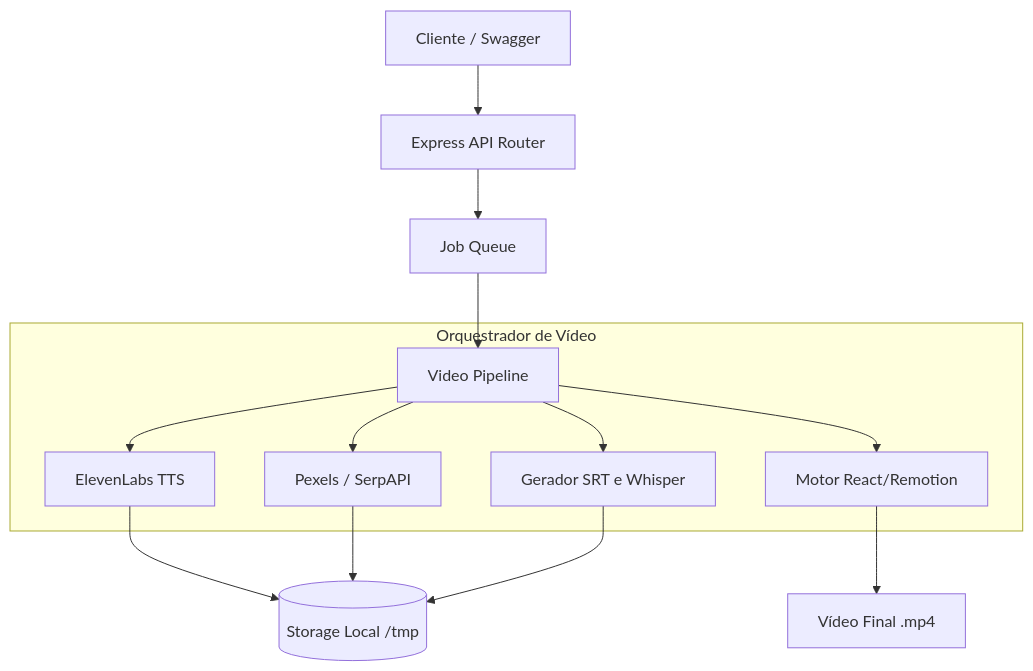
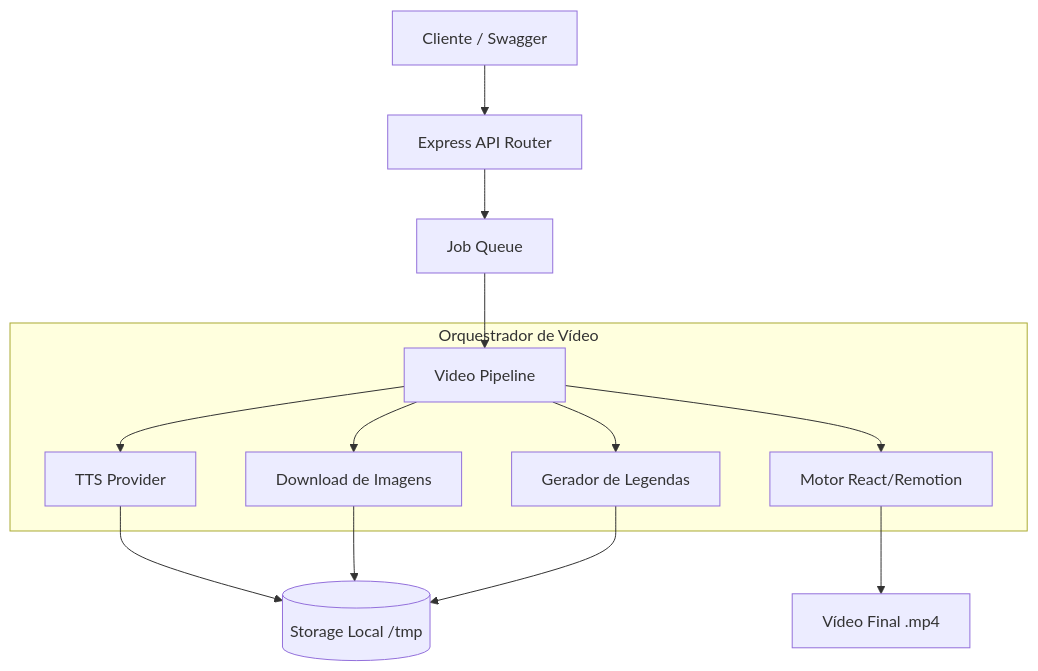
Before and after one commit to JulioBorges/video-generator-api: the diagram in AGENTS.md, drawn with Mermaid. The commit also changed other lines of this file and 13 other files, not shown here.

Commit message:
fix: remove search images and videos and improve kokoro tts service

````diff
--- a/AGENTS.md
+++ b/AGENTS.md
@@ -19,18 +19,18 @@
 ```mermaid
 graph TD
     Client[Cliente / Swagger] --> API[Express API Router]
     API --> JobQueue[Job Queue]
     JobQueue --> Pipeline[Video Pipeline]
     
     subgraph Orquestrador de Vídeo
-        Pipeline --> TTS[ElevenLabs TTS]
-        Pipeline --> Subtitle[Gerador SRT e Whisper]
-        Pipeline --> MediaSearch[Pexels / SerpAPI]
+        Pipeline --> TTS[TTS Provider]
+        Pipeline --> Subtitle[Gerador de Legendas]
+        Pipeline --> ImageDownload[Download de Imagens]
         Pipeline --> Remotion[Motor React/Remotion]
     end
     
     TTS --> Storage[(Storage Local /tmp)]
-    MediaSearch --> Storage
+    ImageDownload --> Storage
     Subtitle --> Storage
     Remotion --> MP4[Vídeo Final .mp4]
 ```
````
